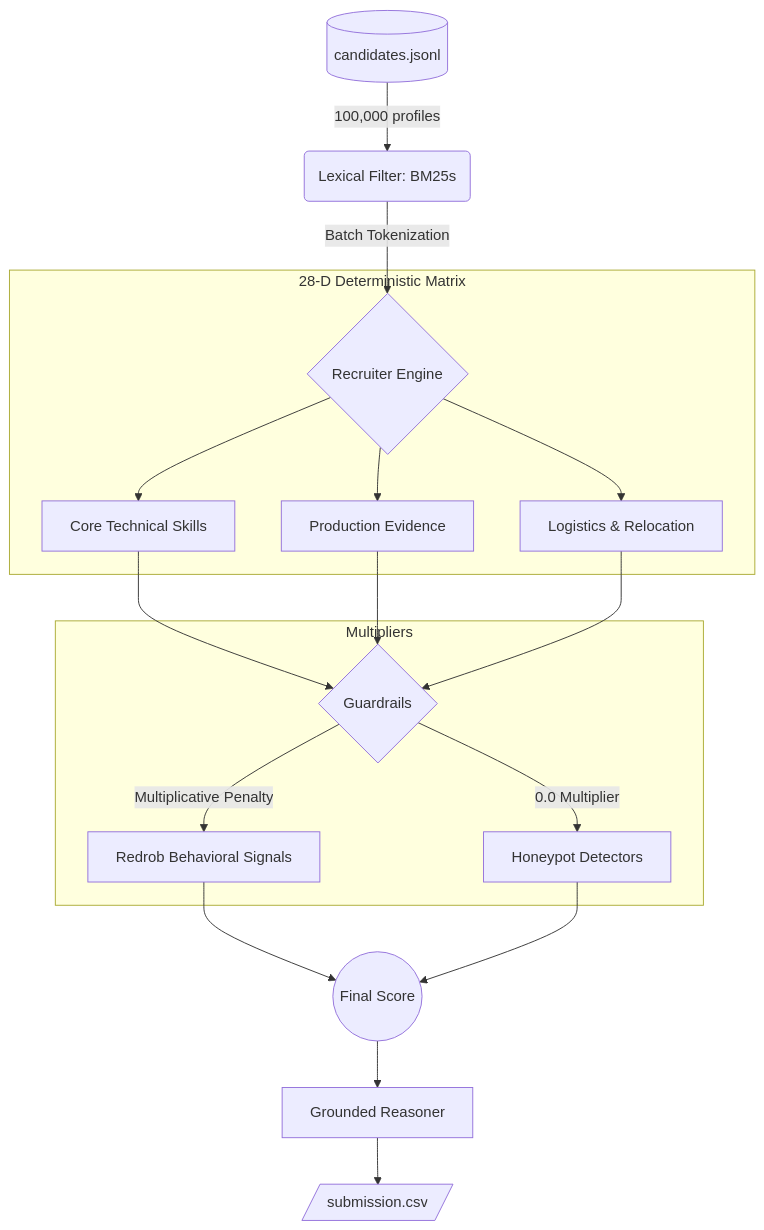
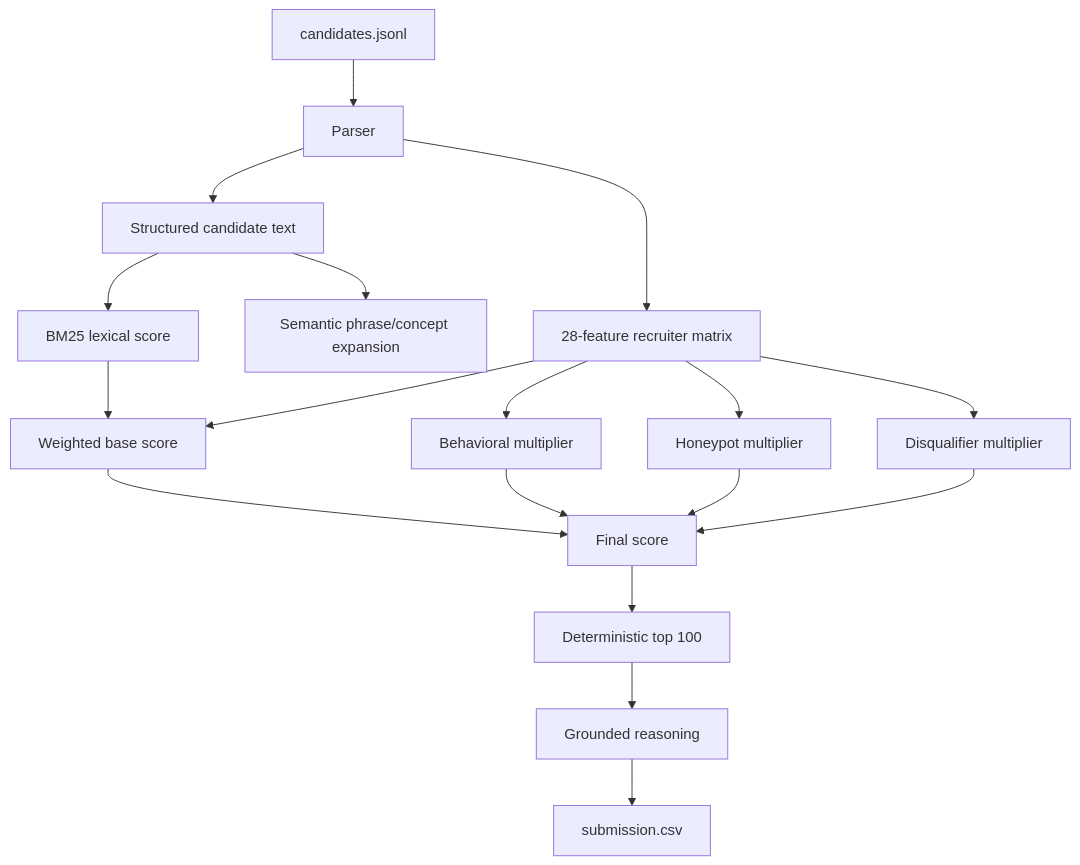
Before and after one commit to bansalbhunesh/redrob-hirefit-ranker: the diagram in README.md, drawn with Mermaid. The commit also changed other lines of this file and 20 other files, not shown here.

Commit message:
Harden final ranking submission

````diff
--- a/README.md
+++ b/README.md
@@ -25,22 +54,20 @@
 ```mermaid
-graph TD
-    A[(candidates.jsonl)] -->|100,000 profiles| B(Lexical Filter: BM25s)
-    B -->|Batch Tokenization| C{Recruiter Engine}
-    
-    subgraph 28-D Deterministic Matrix
-    C --> D[Core Technical Skills]
-    C --> E[Production Evidence]
-    C --> F[Logistics & Relocation]
-    end
-    
-    D & E & F --> G{Guardrails}
-    
-    subgraph Multipliers
-    G -->|Multiplicative Penalty| H[Redrob Behavioral Signals]
-    G -->|0.0 Multiplier| I[Honeypot Detectors]
-    end
-    
-    H & I --> J((Final Score))
-    J --> K[Grounded Reasoner]
-    K --> L[/submission.csv/]
+flowchart TD
+    A["candidates.jsonl"] --> B["Parser"]
+    B --> C["Structured candidate text"]
+    C --> D["BM25 lexical score"]
+    C --> E["Semantic phrase/concept expansion"]
+    B --> F["28-feature recruiter matrix"]
+    D --> G["Weighted base score"]
+    F --> G
+    F --> H["Behavioral multiplier"]
+    F --> I["Honeypot multiplier"]
+    F --> J["Disqualifier multiplier"]
+    G --> K["Final score"]
+    H --> K
+    I --> K
+    J --> K
+    K --> L["Deterministic top 100"]
+    L --> M["Grounded reasoning"]
+    M --> N["submission.csv"]
 ```
````
